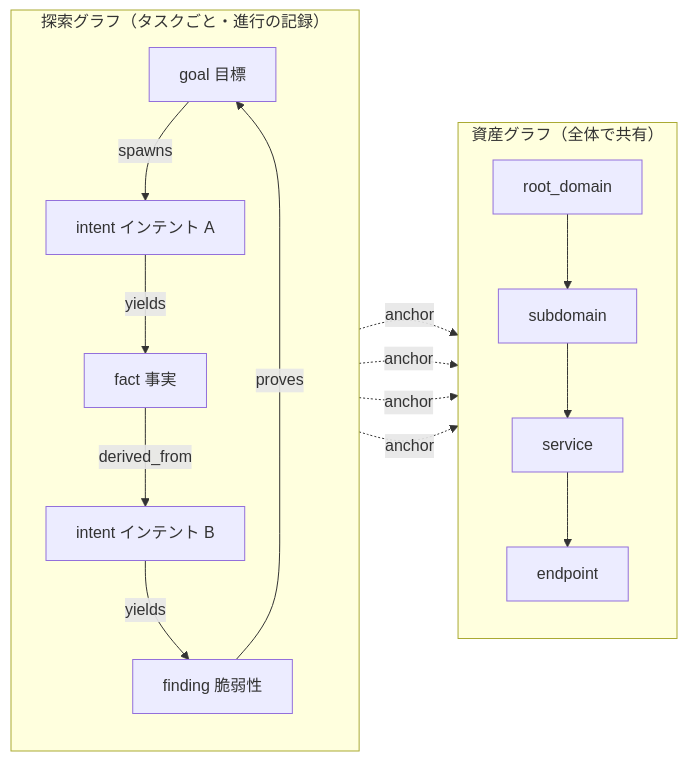
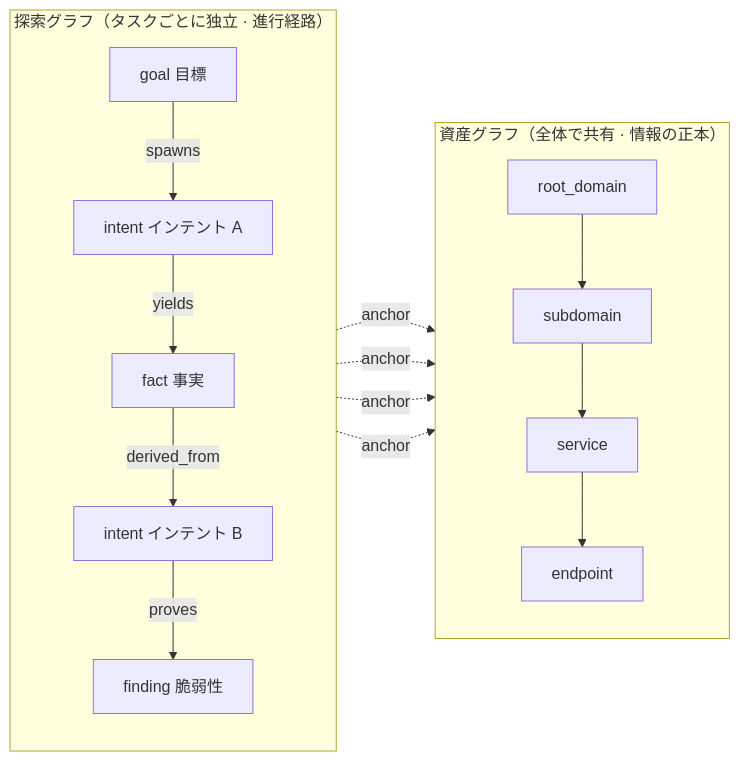
One commit to hara-kazu/ARTEX-Japanese changed the second of 5 diagrams in README.md. Above: the diagram before and after it, drawn with Mermaid. The commit also changed other lines of this file and 85 other files, not shown here.

````diff
--- a/README.md
+++ b/README.md
@@ -429,28 +365,27 @@
 ```mermaid
 flowchart LR
-  subgraph EG["探索グラフ（タスクごと・進行の記録）"]
+  subgraph EG["探索グラフ（タスクごとに独立 · 進行経路）"]
     direction TB
     G["goal 目標"]
     I1["intent インテント A"]
     F1["fact 事実"]
     I2["intent インテント B"]
     FD["finding 脆弱性"]
     G -->|spawns| I1
     I1 -->|yields| F1
     F1 -->|derived_from| I2
-    I2 -->|yields| FD
-    FD -->|proves| G
+    I2 -->|proves| FD
   end
-  subgraph AG["資産グラフ（全体で共有）"]
+  subgraph AG["資産グラフ（全体で共有 · 情報の正本）"]
     direction TB
     RD["root_domain"]
     SD["subdomain"]
     SV["service"]
     EP["endpoint"]
     RD --> SD --> SV --> EP
   end
   I1 -. anchor .-> SD
   F1 -. anchor .-> SV
   I2 -. anchor .-> EP
   FD -. anchor .-> EP
 ```
````
